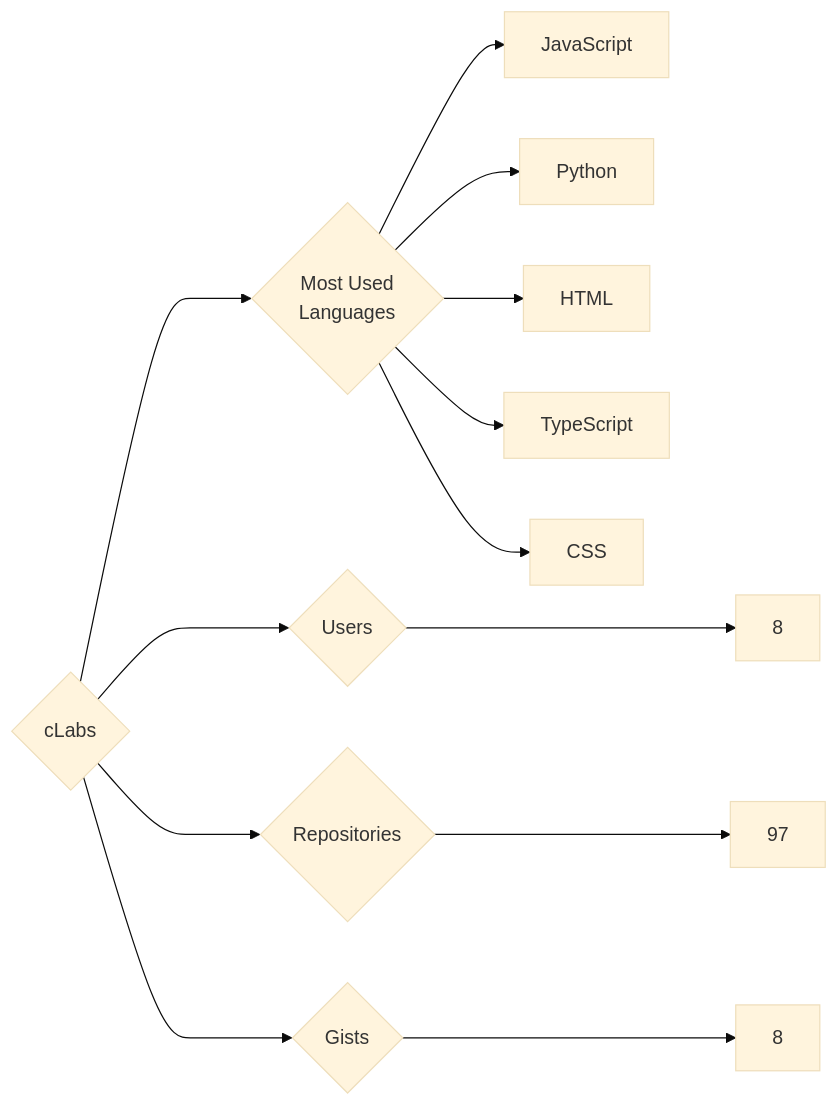
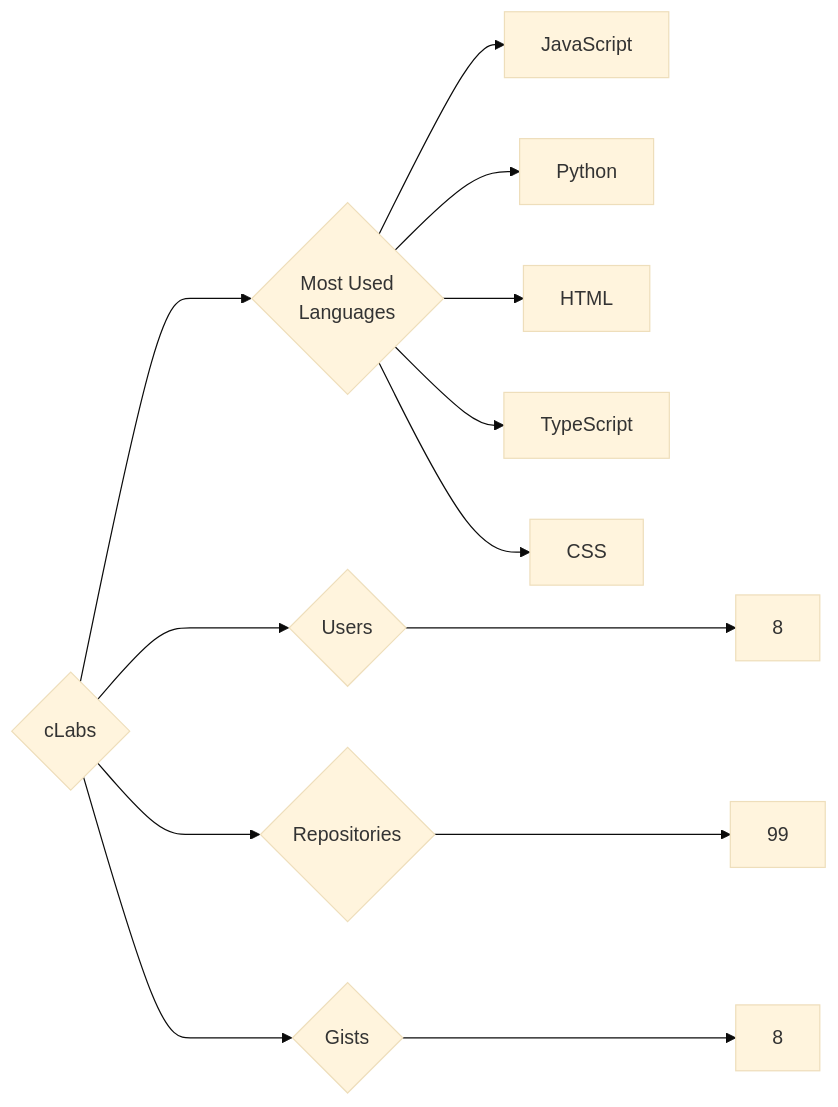
The diagram in targets/cLabs/README.md (trickest/insiders), drawn with Mermaid (base theme) before and after one commit. The commit also changed 1195 other files, not shown here.

````diff
--- a/targets/cLabs/README.md
+++ b/targets/cLabs/README.md
@@ -3,13 +3,13 @@
 ```mermaid
 graph LR
 COMPANY_NAME{cLabs}
 COMPANY_NAME ---> U{Users} ---> UN[8]
-COMPANY_NAME ---> R{Repositories} ---> RN[97]
+COMPANY_NAME ---> R{Repositories} ---> RN[99]
 COMPANY_NAME ---> G{Gists} ---> GN[8]
 COMPANY_NAME ---> ML{Most Used<br>Languages}
 ML --> JavaScript[JavaScript]
 ML --> Python[Python]
 ML --> HTML[HTML]
 ML --> TypeScript[TypeScript]
 ML --> CSS[CSS]
 ```
````
